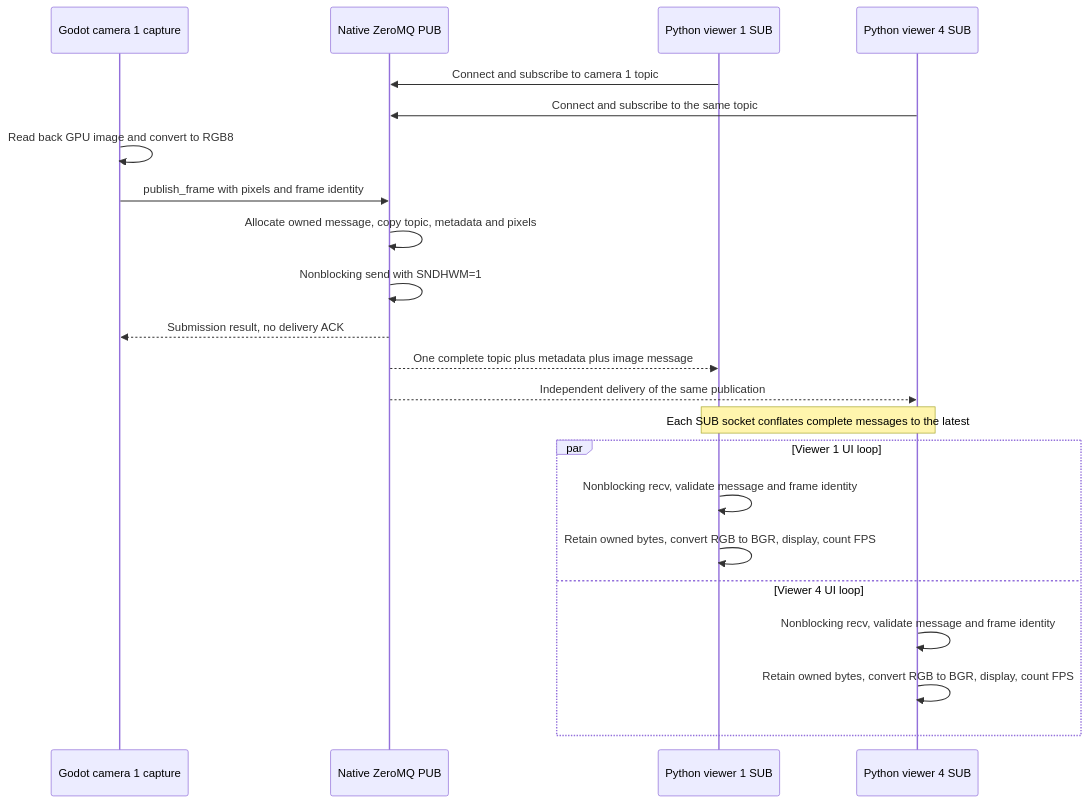
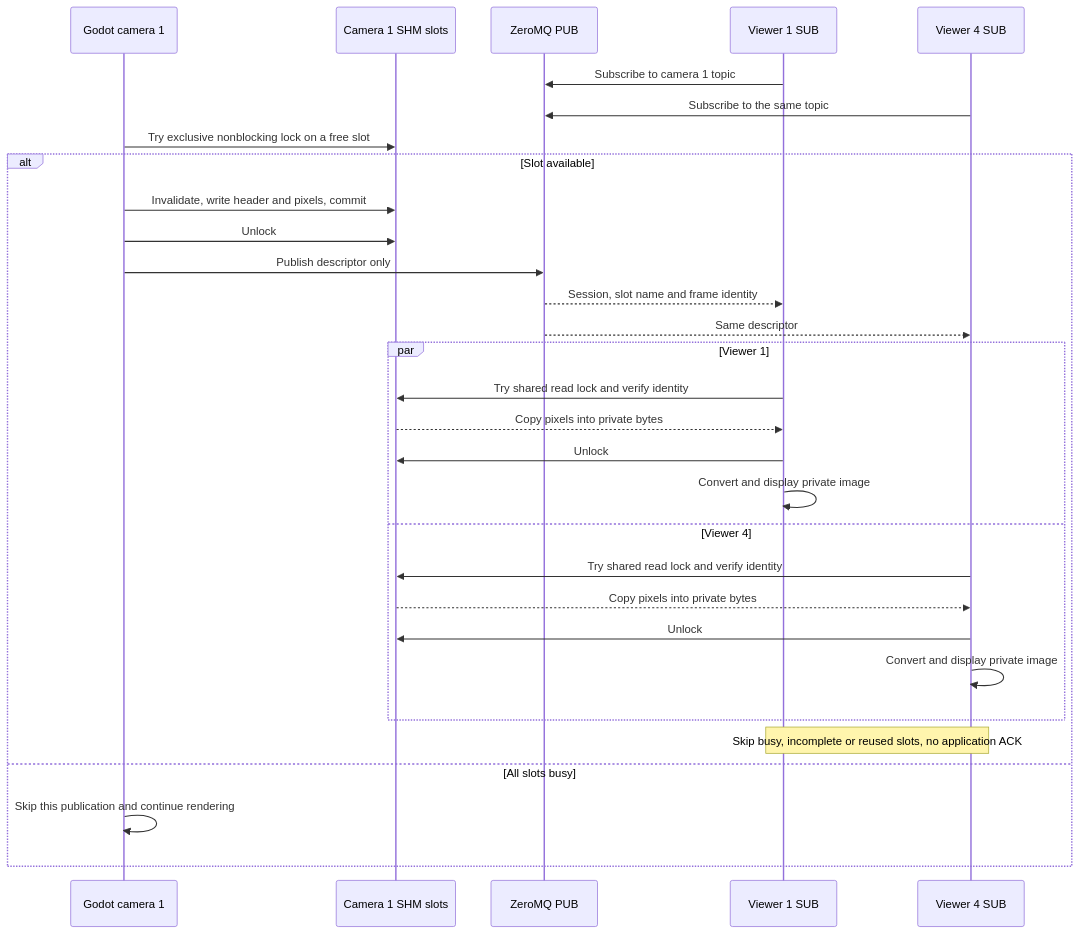
One commit to robobe/godot_camera_publish changed the second of 2 diagrams in README.md. Above: the diagram before and after it, drawn with Mermaid. The commit also changed other lines of this file and 8 other files, not shown here.

Commit message:
Add shared-memory image transport with ZeroMQ signaling

````diff
--- a/README.md
+++ b/README.md
@@ -108,24 +113,32 @@
 ```mermaid
 sequenceDiagram
-    participant G as Godot camera 1 capture
-    participant N as Native ZeroMQ PUB
-    participant V1 as Python viewer 1 SUB
-    participant V4 as Python viewer 4 SUB
-    V1->>N: Connect and subscribe to camera 1 topic
-    V4->>N: Connect and subscribe to the same topic
-    G->>G: Read back GPU image and convert to RGB8
-    G->>N: publish_frame with pixels and frame identity
-    N->>N: Allocate owned message, copy topic, metadata and pixels
-    N->>N: Nonblocking send with SNDHWM=1
-    N-->>G: Submission result, no delivery ACK
-    N-->>V1: One complete topic plus metadata plus image message
-    N-->>V4: Independent delivery of the same publication
-    Note over V1,V4: Each SUB socket conflates complete messages to the latest
-    par Viewer 1 UI loop
-        V1->>V1: Nonblocking recv, validate message and frame identity
-        V1->>V1: Retain owned bytes, convert RGB to BGR, display, count FPS
-    and Viewer 4 UI loop
-        V4->>V4: Nonblocking recv, validate message and frame identity
-        V4->>V4: Retain owned bytes, convert RGB to BGR, display, count FPS
+    participant G as Godot camera 1
+    participant M as Camera 1 SHM slots
+    participant Z as ZeroMQ PUB
+    participant V1 as Viewer 1 SUB
+    participant V4 as Viewer 4 SUB
+    V1->>Z: Subscribe to camera 1 topic
+    V4->>Z: Subscribe to the same topic
+    G->>M: Try exclusive nonblocking lock on a free slot
+    alt Slot available
+        G->>M: Invalidate, write header and pixels, commit
+        G->>M: Unlock
+        G->>Z: Publish descriptor only
+        Z-->>V1: Session, slot name and frame identity
+        Z-->>V4: Same descriptor
+        par Viewer 1
+            V1->>M: Try shared read lock and verify identity
+            M-->>V1: Copy pixels into private bytes
+            V1->>M: Unlock
+            V1->>V1: Convert and display private image
+        and Viewer 4
+            V4->>M: Try shared read lock and verify identity
+            M-->>V4: Copy pixels into private bytes
+            V4->>M: Unlock
+            V4->>V4: Convert and display private image
+        end
+        Note over V1,V4: Skip busy, incomplete or reused slots, no application ACK
+    else All slots busy
+        G->>G: Skip this publication and continue rendering
     end
 ```
````
